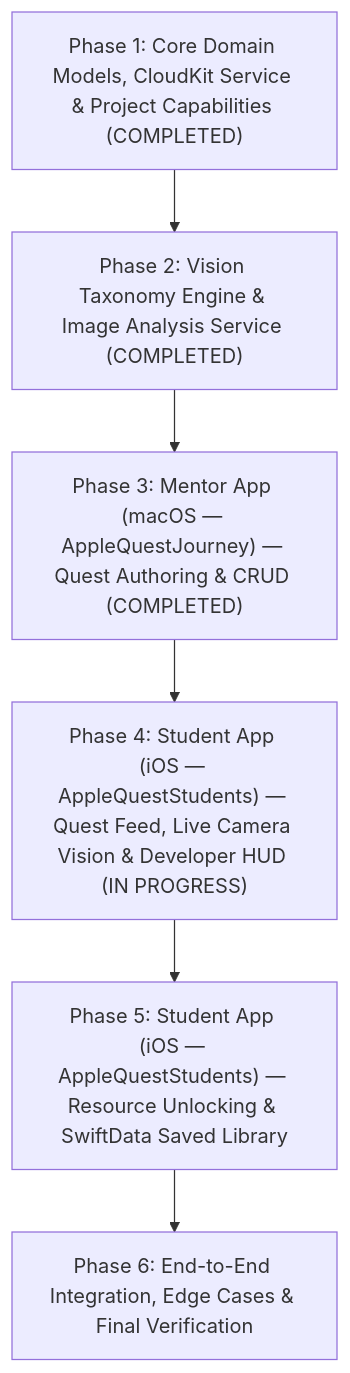
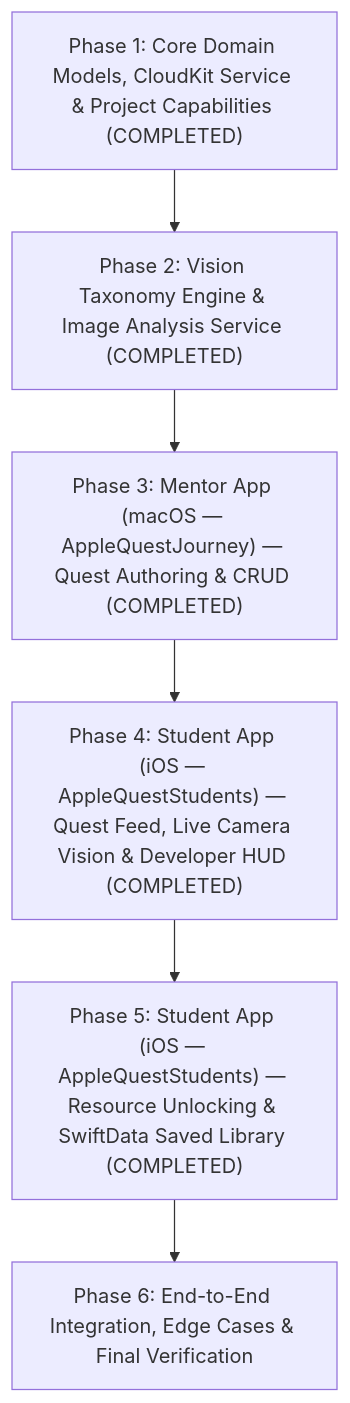
The diagram in v1_plan.md (octavianusg/AppleQuestJourney), drawn with Mermaid before and after one commit. The commit also changed other lines of this file and 9 other files, not shown here.

````diff
--- a/v1_plan.md
+++ b/v1_plan.md
@@ -9,8 +9,8 @@
 ```mermaid
 flowchart TD
     P1["Phase 1: Core Domain Models, CloudKit Service & Project Capabilities (COMPLETED)"] --> P2["Phase 2: Vision Taxonomy Engine & Image Analysis Service (COMPLETED)"]
     P2 --> P3["Phase 3: Mentor App (macOS — AppleQuestJourney) — Quest Authoring & CRUD (COMPLETED)"]
-    P3 --> P4["Phase 4: Student App (iOS — AppleQuestStudents) — Quest Feed, Live Camera Vision & Developer HUD (IN PROGRESS)"]
-    P4 --> P5["Phase 5: Student App (iOS — AppleQuestStudents) — Resource Unlocking & SwiftData Saved Library"]
+    P3 --> P4["Phase 4: Student App (iOS — AppleQuestStudents) — Quest Feed, Live Camera Vision & Developer HUD (COMPLETED)"]
+    P4 --> P5["Phase 5: Student App (iOS — AppleQuestStudents) — Resource Unlocking & SwiftData Saved Library (COMPLETED)"]
     P5 --> P6["Phase 6: End-to-End Integration, Edge Cases & Final Verification"]
 ```
````
